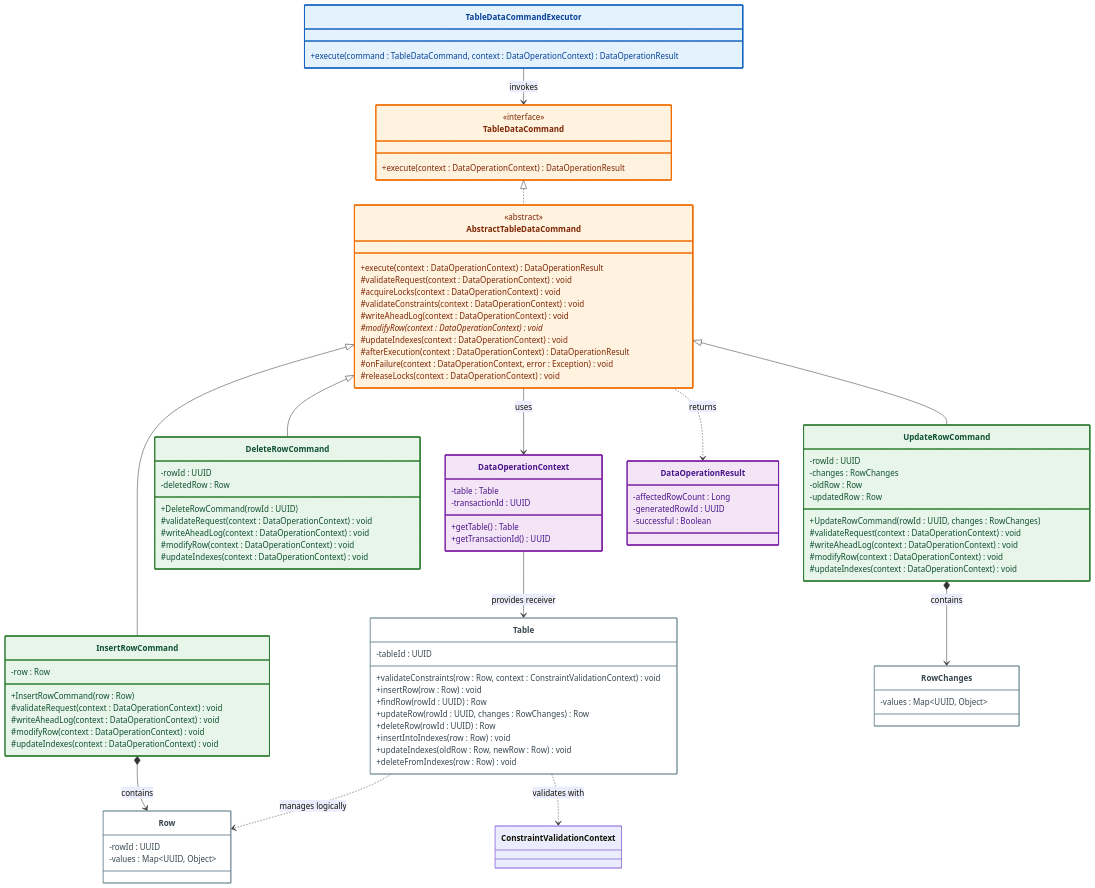
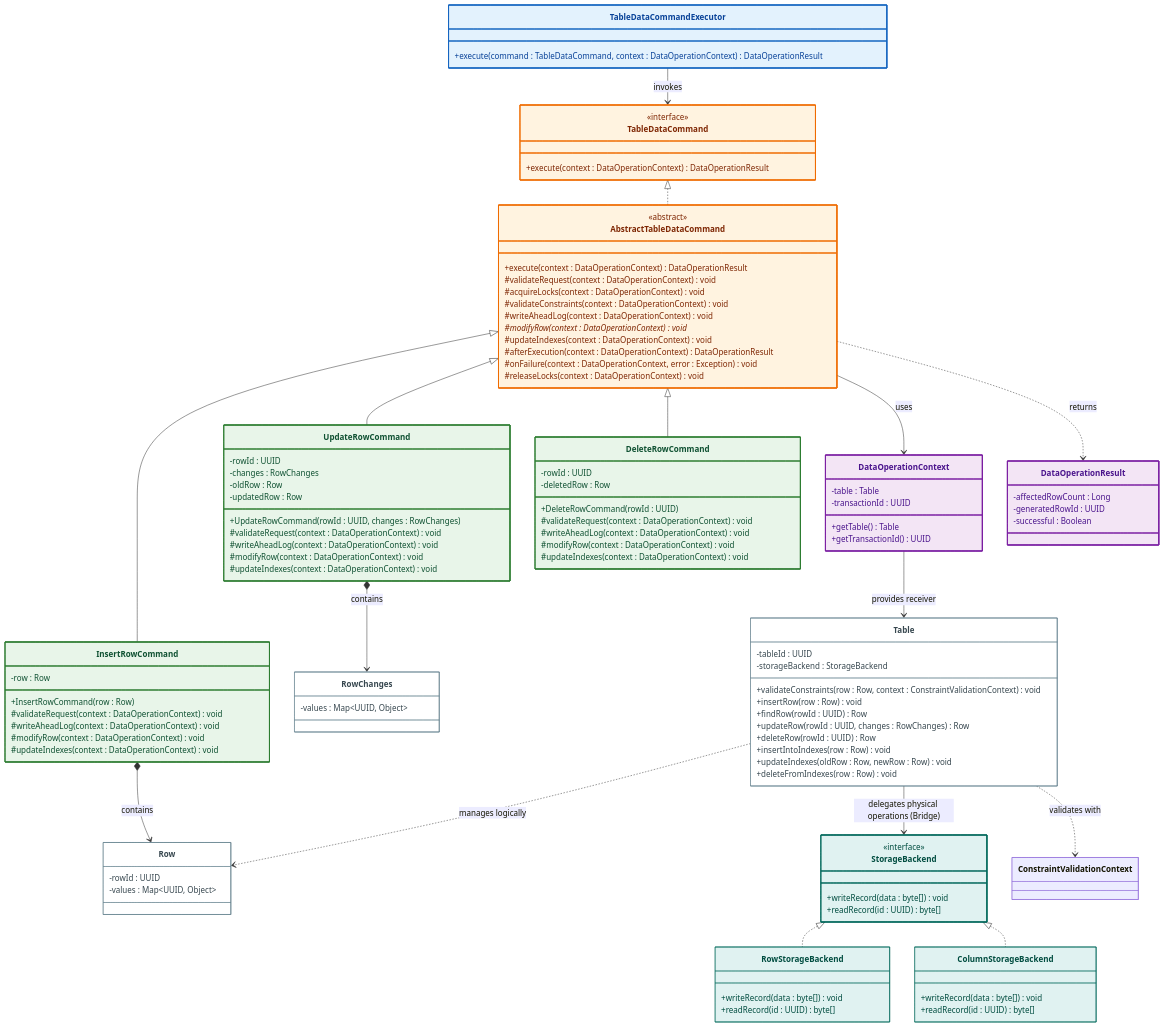
One commit to Huy1801214/dbms-architecture changed diagram 12 of 17 in docs/pattern/README.md. Above: the diagram before and after it, drawn with Mermaid. The commit also changed other lines of this file and 4 other files, not shown here.

Commit message:
Using Bridge pattern for table

````diff
--- a/docs/pattern/README.md
+++ b/docs/pattern/README.md
@@ -2982,6 +3011,7 @@
 
 class Table {
     -tableId : UUID
+    -storageBackend : StorageBackend
 
     +validateConstraints(row : Row, context : ConstraintValidationContext) void
 
@@ -2993,6 +3023,22 @@
     +insertIntoIndexes(row : Row) void
     +updateIndexes(oldRow : Row, newRow : Row) void
     +deleteFromIndexes(row : Row) void
+}
+
+class StorageBackend {
+    <<interface>>
+    +writeRecord(data : byte[]) void
+    +readRecord(id : UUID) byte[]
+}
+
+class RowStorageBackend {
+    +writeRecord(data : byte[]) void
+    +readRecord(id : UUID) byte[]
+}
+
+class ColumnStorageBackend {
+    +writeRecord(data : byte[]) void
+    +readRecord(id : UUID) byte[]
 }
 
 class Row {
@@ -3022,7 +3068,11 @@
 UpdateRowCommand *--> RowChanges : contains
 
 Table ..> Row : manages logically
+Table --> StorageBackend : delegates physical operations (Bridge)
 Table ..> ConstraintValidationContext : validates with
+
+StorageBackend <|.. RowStorageBackend
+StorageBackend <|.. ColumnStorageBackend
 
 style TableDataCommandExecutor fill:#e3f2fd,stroke:#1565c0,stroke-width:2px,color:#084298
 
@@ -3039,4 +3089,8 @@
 style Table fill:#ffffff,stroke:#607d8b,stroke-width:1px,color:#37474f
 style Row fill:#ffffff,stroke:#607d8b,stroke-width:1px,color:#37474f
 style RowChanges fill:#ffffff,stroke:#607d8b,stroke-width:1px,color:#37474f
+
+style StorageBackend fill:#e0f2f1,stroke:#00695c,stroke-width:2px,color:#004d40
+style RowStorageBackend fill:#e0f2f1,stroke:#00695c,stroke-width:1px,color:#004d40
+style ColumnStorageBackend fill:#e0f2f1,stroke:#00695c,stroke-width:1px,color:#004d40
 ```
````
